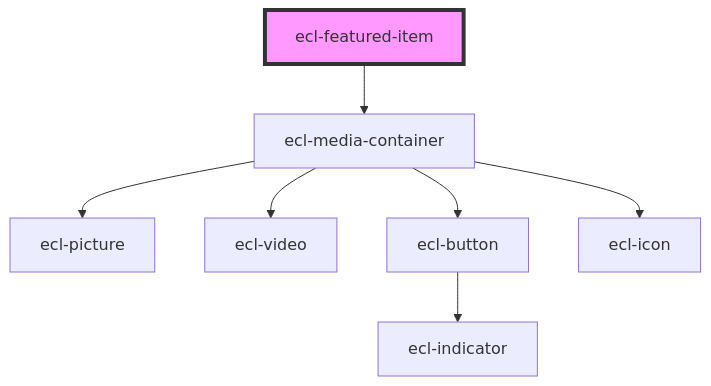
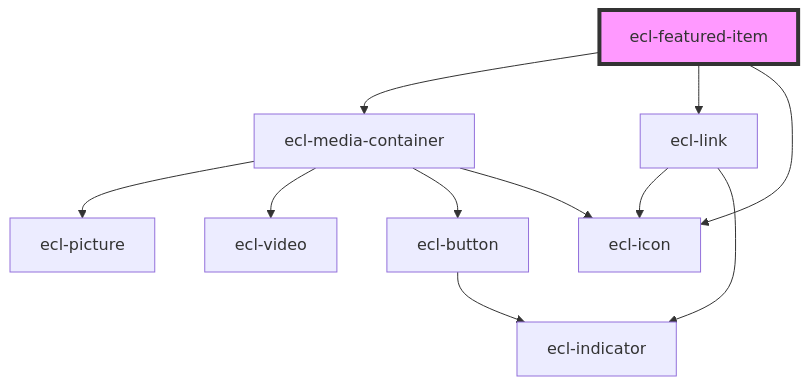
The diagram in src/components/ecl-featured-item/readme.md (ec-europa/ecl-webcomponents), drawn with Mermaid before and after one commit. The commit also changed other lines of this file and 11 other files, not shown here.

Commit message:
feat(featured-item): Updating to v5 - FRONT-5025

````diff
--- a/src/components/ecl-featured-item/readme.md
+++ b/src/components/ecl-featured-item/readme.md
@@ -30,10 +35,14 @@
 ```mermaid
 graph TD;
   ecl-featured-item --> ecl-media-container
+  ecl-featured-item --> ecl-link
+  ecl-featured-item --> ecl-icon
   ecl-media-container --> ecl-picture
   ecl-media-container --> ecl-video
   ecl-media-container --> ecl-button
   ecl-media-container --> ecl-icon
   ecl-button --> ecl-indicator
+  ecl-link --> ecl-icon
+  ecl-link --> ecl-indicator
   style ecl-featured-item fill:#f9f,stroke:#333,stroke-width:4px
 ```
````
